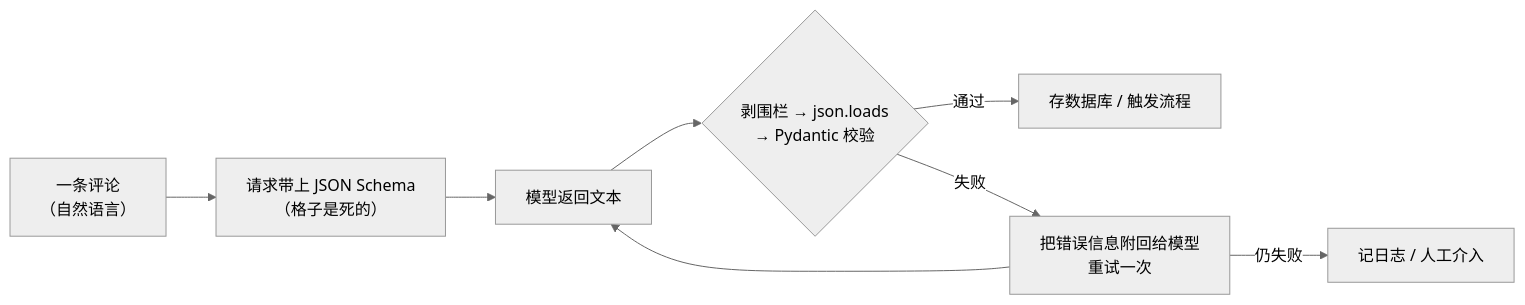
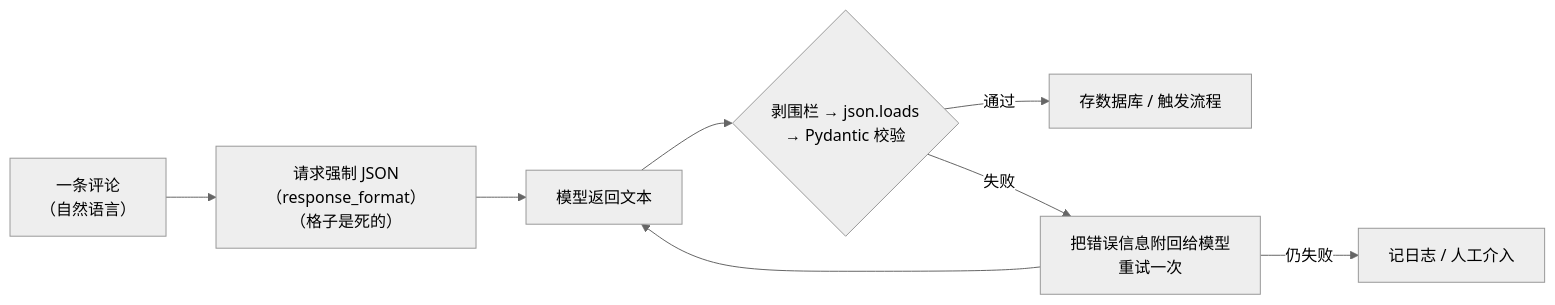
Before and after one commit to xxxAndlk/AI_Agent_Learning_path: the diagram in 03.LLM工程基础/第04课_结构化输出/第04课.md, drawn with Mermaid (neutral theme). The commit also changed other lines of this file and 39 other files, not shown here.

````diff
--- a/03.LLM工程基础/第04课_结构化输出/第04课.md
+++ b/03.LLM工程基础/第04课_结构化输出/第04课.md
@@ -162,10 +159,10 @@
 ```mermaid
 flowchart LR
-    A["一条评论<br>（自然语言）"] --> B["请求带上 JSON Schema<br>（格子是死的）"]
+    A["一条评论<br>（自然语言）"] --> B["请求强制 JSON（response_format）<br>（格子是死的）"]
     B --> C["模型返回文本"]
     C --> D{"剥围栏 → json.loads<br>→ Pydantic 校验"}
     D -- 通过 --> E["存数据库 / 触发流程"]
     D -- 失败 --> F["把错误信息附回给模型<br>重试一次"]
     F --> C
     F -- 仍失败 --> G["记日志 / 人工介入"]
 ```
````
